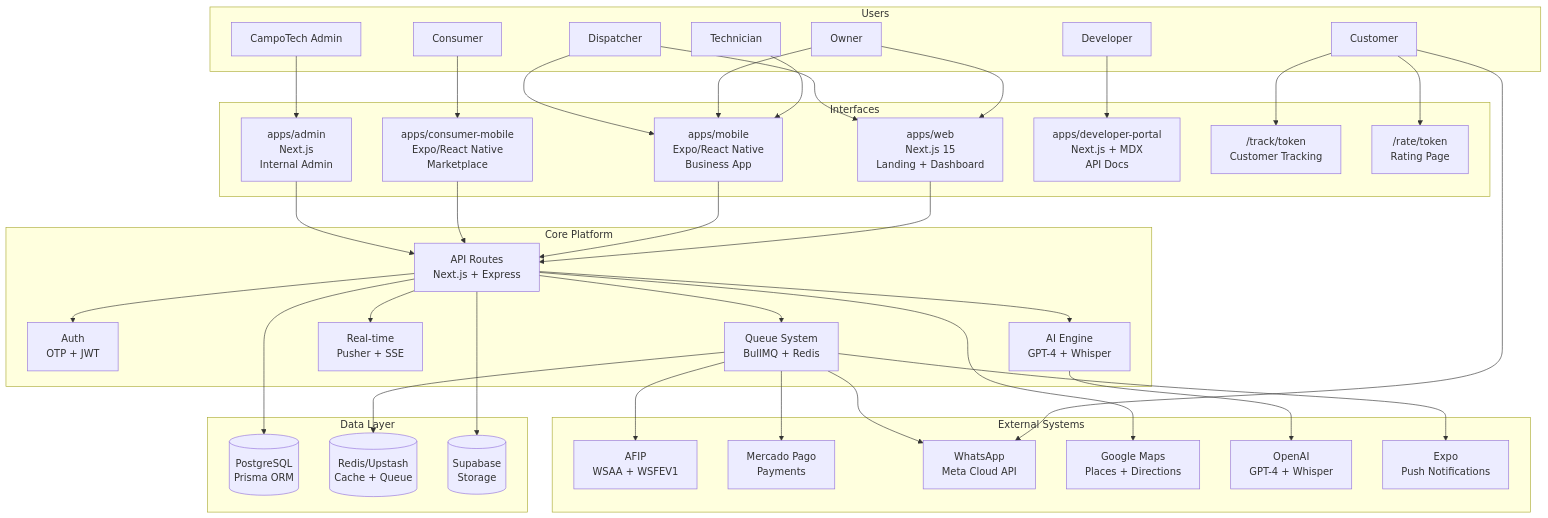
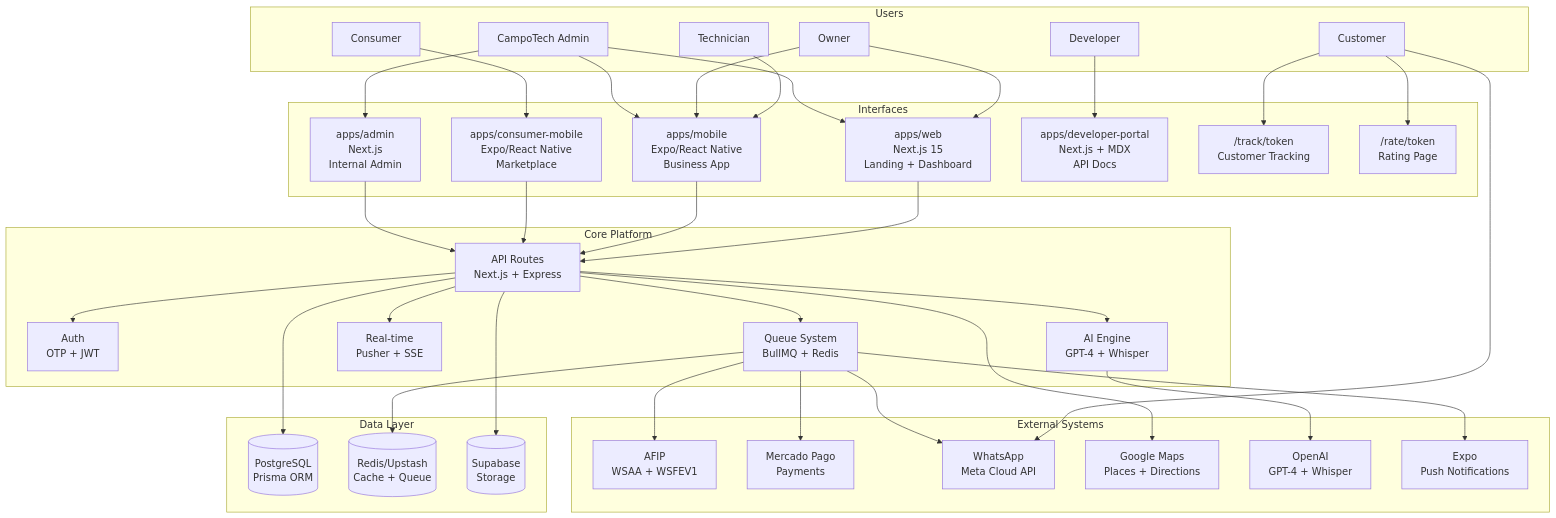
The first of 9 diagrams in architecture/campotech-complete-system-architecture.md (leftonspace/CampoTech), drawn with Mermaid before and after one commit. The commit also changed other lines of this file and 72 other files, not shown here.

````diff
--- a/architecture/campotech-complete-system-architecture.md
+++ b/architecture/campotech-complete-system-architecture.md
@@ -43,72 +43,72 @@
 ```mermaid
 flowchart TB
     subgraph Users ["Users"]
         O["Owner"]
-        D["Dispatcher"]
+        A["Admin"]
         T["Technician"]
         C["Consumer"]
         CU["Customer"]
         A["CampoTech Admin"]
         DEV["Developer"]
     end
 
     subgraph Interfaces ["Interfaces"]
         WEB["apps/web<br/>Next.js 15<br/>Landing + Dashboard"]
         MOB["apps/mobile<br/>Expo/React Native<br/>Business App"]
         CMOB["apps/consumer-mobile<br/>Expo/React Native<br/>Marketplace"]
         ADMIN["apps/admin<br/>Next.js<br/>Internal Admin"]
         DEVP["apps/developer-portal<br/>Next.js + MDX<br/>API Docs"]
         TRACK["/track/token<br/>Customer Tracking"]
         RATE["/rate/token<br/>Rating Page"]
     end
 
     subgraph Core ["Core Platform"]
         API["API Routes<br/>Next.js + Express"]
         AUTH["Auth<br/>OTP + JWT"]
         QUEUE["Queue System<br/>BullMQ + Redis"]
         WS["Real-time<br/>Pusher + SSE"]
         AI["AI Engine<br/>GPT-4 + Whisper"]
     end
 
     subgraph Data ["Data Layer"]
         DB[(PostgreSQL<br/>Prisma ORM)]
         REDIS[(Redis/Upstash<br/>Cache + Queue)]
         STORAGE[(Supabase<br/>Storage)]
     end
 
     subgraph External ["External Systems"]
         AFIP["AFIP<br/>WSAA + WSFEV1"]
         MP["Mercado Pago<br/>Payments"]
         WA["WhatsApp<br/>Meta Cloud API"]
         GOOGLE["Google Maps<br/>Places + Directions"]
         OPENAI["OpenAI<br/>GPT-4 + Whisper"]
         EXPO["Expo<br/>Push Notifications"]
     end
 
-    O & D --> WEB
+    O & A --> WEB
     T --> MOB
-    O & D --> MOB
+    O & A --> MOB
     C --> CMOB
     CU --> WA
     CU --> TRACK
     CU --> RATE
     A --> ADMIN
     DEV --> DEVP
 
     WEB & MOB & CMOB & ADMIN --> API
     API --> AUTH
     API --> QUEUE
     API --> WS
     API --> AI
 
     API --> DB
     QUEUE --> REDIS
     API --> STORAGE
 
     QUEUE --> AFIP
     QUEUE --> MP
     QUEUE --> WA
     API --> GOOGLE
     AI --> OPENAI
     QUEUE --> EXPO
 ```
````
